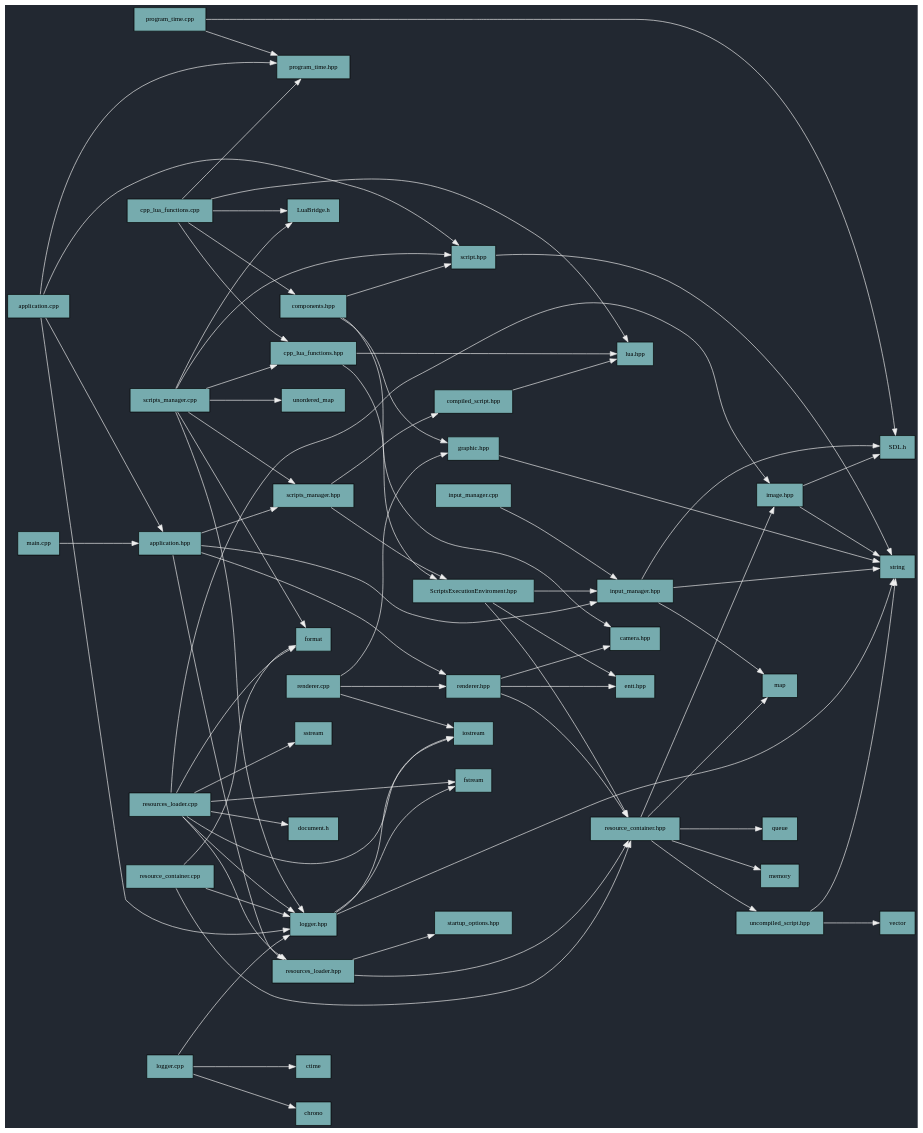
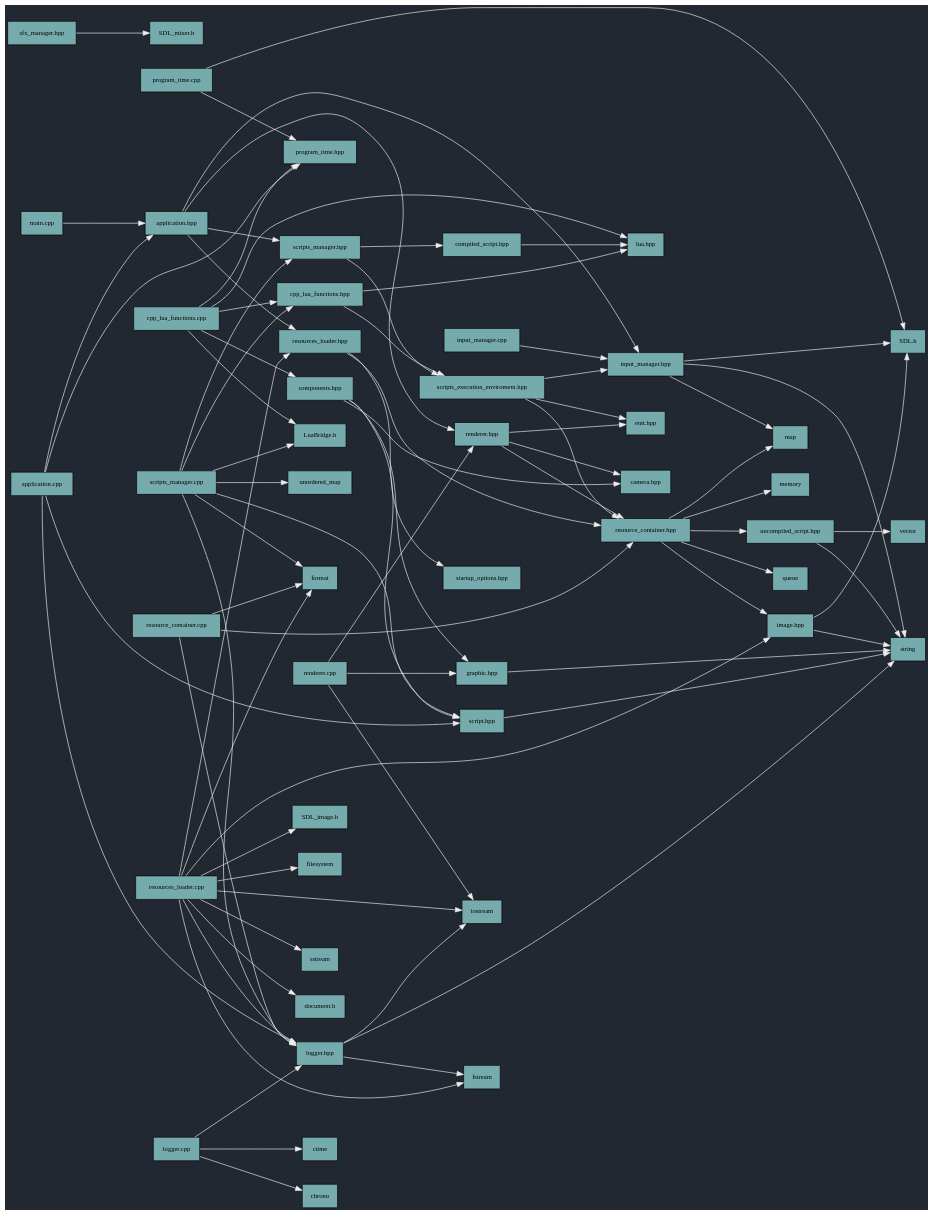
The diagram in include_graph/graph.dot (MichailS-000/Haste_n_Slash), drawn with Graphviz before and after one commit. The commit also changed 3 other files, not shown here.

Commit message:
add sfx manager

```diff
--- a/include_graph/graph.dot
+++ b/include_graph/graph.dot
@@ -1,82 +1,85 @@
 digraph IncludeHierarchy {
   rankdir=LR;
   nodesep=0.5;
   ranksep=1.2;
   bgcolor="#222831";
   node [shape=box, style=filled, fillcolor="#76ABAE", fontsize=10];
   edge [color="#EEEEEE"];
   "program_time.cpp" -> "program_time.hpp";
   "program_time.cpp" -> "SDL.h";
   "application.cpp" -> "program_time.hpp";
   "application.cpp" -> "logger.hpp";
   "application.cpp" -> "application.hpp";
   "application.cpp" -> "script.hpp";
   "application.hpp" -> "renderer.hpp";
   "application.hpp" -> "resources_loader.hpp";
   "application.hpp" -> "input_manager.hpp";
   "application.hpp" -> "scripts_manager.hpp";
-  "ScriptsExecutionEnviroment.hpp" -> "entt.hpp";
-  "ScriptsExecutionEnviroment.hpp" -> "resource_container.hpp";
-  "ScriptsExecutionEnviroment.hpp" -> "input_manager.hpp";
-  "components.hpp" -> "camera.hpp";
-  "components.hpp" -> "graphic.hpp";
-  "components.hpp" -> "script.hpp";
-  "graphic.hpp" -> "string";
   "scripts_manager.cpp" -> "scripts_manager.hpp";
   "scripts_manager.cpp" -> "script.hpp";
   "scripts_manager.cpp" -> "logger.hpp";
   "scripts_manager.cpp" -> "cpp_lua_functions.hpp";
   "scripts_manager.cpp" -> "format";
   "scripts_manager.cpp" -> "unordered_map";
   "scripts_manager.cpp" -> "LuaBridge.h";
   "input_manager.cpp" -> "input_manager.hpp";
   "script.hpp" -> "string";
-  "scripts_manager.hpp" -> "ScriptsExecutionEnviroment.hpp";
+  "scripts_execution_enviroment.hpp" -> "entt.hpp";
+  "scripts_execution_enviroment.hpp" -> "resource_container.hpp";
+  "scripts_execution_enviroment.hpp" -> "input_manager.hpp";
+  "components.hpp" -> "camera.hpp";
+  "components.hpp" -> "graphic.hpp";
+  "components.hpp" -> "script.hpp";
+  "graphic.hpp" -> "string";
+  "scripts_manager.hpp" -> "scripts_execution_enviroment.hpp";
   "scripts_manager.hpp" -> "compiled_script.hpp";
   "input_manager.hpp" -> "map";
   "input_manager.hpp" -> "string";
   "input_manager.hpp" -> "SDL.h";
   "logger.cpp" -> "ctime";
   "logger.cpp" -> "logger.hpp";
   "logger.cpp" -> "chrono";
   "logger.hpp" -> "fstream";
   "logger.hpp" -> "iostream";
   "logger.hpp" -> "string";
   "uncompiled_script.hpp" -> "vector";
   "uncompiled_script.hpp" -> "string";
   "resource_container.hpp" -> "map";
   "resource_container.hpp" -> "memory";
   "resource_container.hpp" -> "queue";
   "resource_container.hpp" -> "image.hpp";
   "resource_container.hpp" -> "uncompiled_script.hpp";
   "main.cpp" -> "application.hpp";
   "image.hpp" -> "SDL.h";
   "image.hpp" -> "string";
   "renderer.cpp" -> "renderer.hpp";
   "renderer.cpp" -> "graphic.hpp";
   "renderer.cpp" -> "iostream";
   "renderer.hpp" -> "entt.hpp";
   "renderer.hpp" -> "resource_container.hpp";
   "renderer.hpp" -> "camera.hpp";
-  "resources_loader.cpp" -> "document.h";
+  "resources_loader.cpp" -> "filesystem";
+  "resources_loader.cpp" -> "resources_loader.hpp";
   "resources_loader.cpp" -> "format";
   "resources_loader.cpp" -> "sstream";
-  "resources_loader.cpp" -> "resources_loader.hpp";
   "resources_loader.cpp" -> "logger.hpp";
   "resources_loader.cpp" -> "image.hpp";
   "resources_loader.cpp" -> "iostream";
   "resources_loader.cpp" -> "fstream";
+  "resources_loader.cpp" -> "document.h";
+  "resources_loader.cpp" -> "SDL_image.h";
   "compiled_script.hpp" -> "lua.hpp";
   "resources_loader.hpp" -> "startup_options.hpp";
   "resources_loader.hpp" -> "resource_container.hpp";
   "resource_container.cpp" -> "logger.hpp";
   "resource_container.cpp" -> "resource_container.hpp";
   "resource_container.cpp" -> "format";
   "cpp_lua_functions.cpp" -> "lua.hpp";
   "cpp_lua_functions.cpp" -> "components.hpp";
   "cpp_lua_functions.cpp" -> "cpp_lua_functions.hpp";
   "cpp_lua_functions.cpp" -> "program_time.hpp";
   "cpp_lua_functions.cpp" -> "LuaBridge.h";
-  "cpp_lua_functions.hpp" -> "ScriptsExecutionEnviroment.hpp";
+  "cpp_lua_functions.hpp" -> "scripts_execution_enviroment.hpp";
   "cpp_lua_functions.hpp" -> "lua.hpp";
+  "sfx_manager.hpp" -> "SDL_mixer.h";
 }
```
